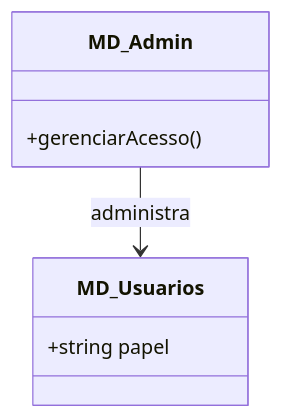
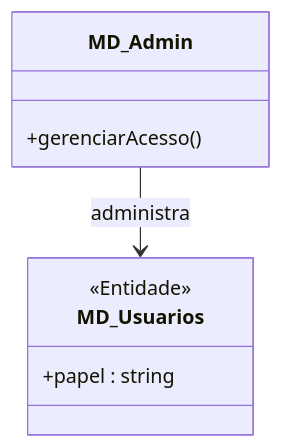
The first of 2 diagrams in PIM_III/02_Modelagem_UML_Astah/UC04_Gerenciar_Perfis_Acessos/README.md (MayconDIS/PIM_III-Documentacao_UML), drawn with Mermaid before and after one commit. The commit also changed other lines of this file and 17 other files, not shown here.

````diff
--- a/PIM_III/02_Modelagem_UML_Astah/UC04_Gerenciar_Perfis_Acessos/README.md
+++ b/PIM_III/02_Modelagem_UML_Astah/UC04_Gerenciar_Perfis_Acessos/README.md
@@ -32,10 +30,11 @@
 ```mermaid
 classDiagram
     class MD_Admin {
         +gerenciarAcesso()
     }
     class MD_Usuarios {
-        +string papel
+        <<Entidade>>
+        +papel : string
     }
     MD_Admin --> MD_Usuarios : administra
 ```
````
